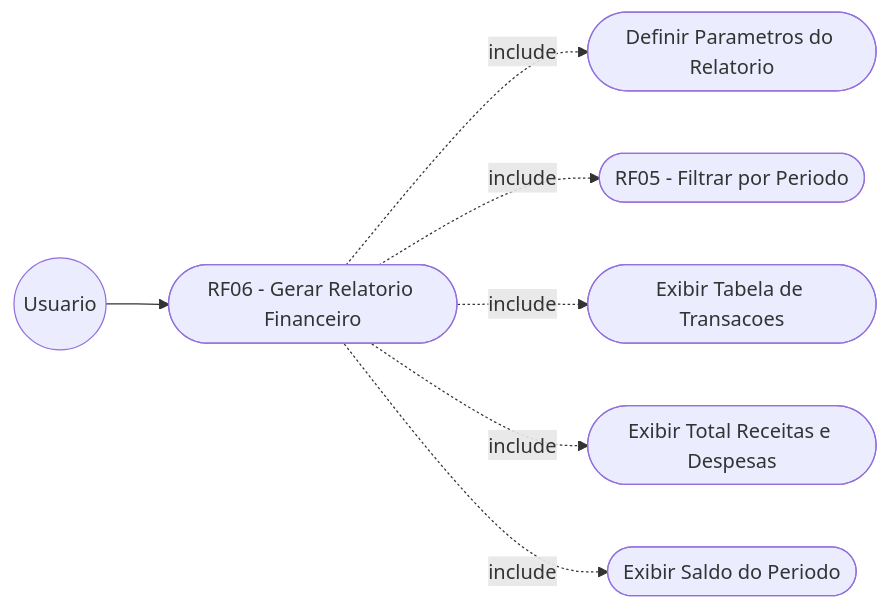
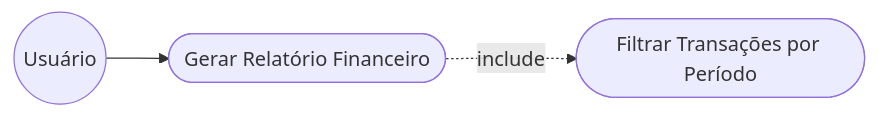
One commit to NEXA-project-br/NEXA changed the sixth of 7 diagrams in relacionamento/dcu.md. Above: the diagram before and after it, drawn with Mermaid. The commit also changed other lines of this file, not shown here.

Commit message:
Update use case descriptions and diagrams

````diff
--- a/relacionamento/dcu.md
+++ b/relacionamento/dcu.md
@@ -131,17 +110,9 @@
 ```mermaid
 graph LR
-  U((Usuario))
-  RF06([RF06 - Gerar Relatorio Financeiro])
-  RF05([RF05 - Filtrar por Periodo])
-  A1([Definir Parametros do Relatorio])
-  A2([Exibir Tabela de Transacoes])
-  A3([Exibir Total Receitas e Despesas])
-  A4([Exibir Saldo do Periodo])
+  U((Usuário))
+  RF06([Gerar Relatório Financeiro])
+  RF05([Filtrar Transações por Período])
 
   U --> RF06
-  RF06 -.->|include| A1
   RF06 -.->|include| RF05
-  RF06 -.->|include| A2
-  RF06 -.->|include| A3
-  RF06 -.->|include| A4
 ```
````
